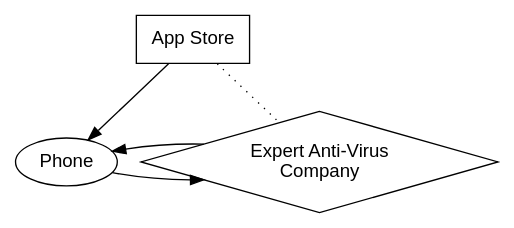
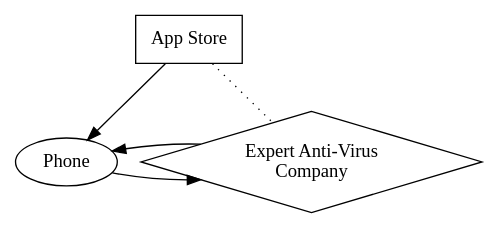
The diagram in img/mcafee.dot (bogwonch/first-year-report), drawn with Graphviz before and after one commit. The commit also changed 21 other files, not shown here.

```diff
--- a/img/mcafee.dot
+++ b/img/mcafee.dot
@@ -1,15 +1,15 @@
 digraph mcafee {
   overlap = false;
   splines = true;
 
-  appStore [label="App Store"                  shape=box     fontname="Helvetica"]
-  phone    [label="Phone"                      shape=oval    fontname="Helvetica"]
-  checker  [label="Expert Anti-Virus\nCompany" shape=diamond fontname="Helvetica"]
+  appStore [label="App Store"                  shape=box     fontname="LMSans10-Regular"]
+  phone    [label="Phone"                      shape=oval    fontname="LMSans10-Regular"]
+  checker  [label="Expert Anti-Virus\nCompany" shape=diamond fontname="LMSans10-Regular"]
     
   appStore -> phone;
   appStore -> checker [arrowhead=none style=dotted];
   phone    -> checker;
   checker  -> phone;
 
   {rank=same checker phone}
 }
```
